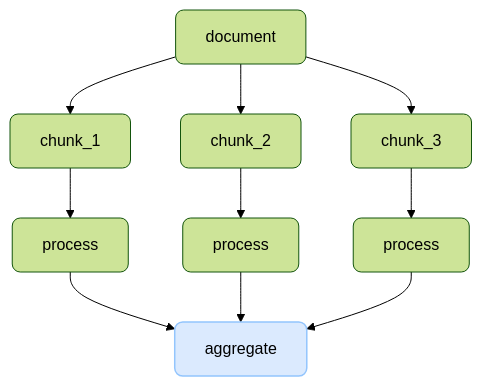
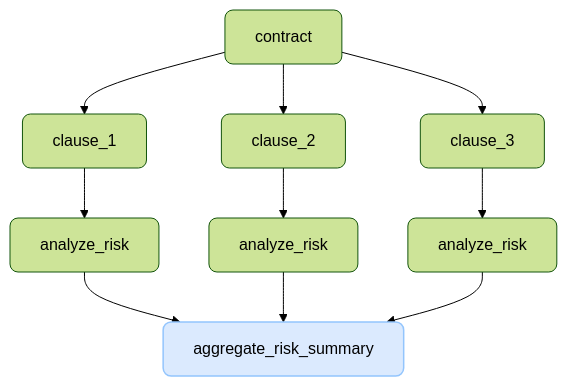
One commit to Muizzkolapo/agent-actions changed the third of 7 diagrams in docs.agent-actions/docs/guides/design-patterns.md. Above: the diagram before and after it, drawn with Mermaid (forest theme). The commit also changed other lines of this file and 69 other files, not shown here.

````diff
--- a/docs.agent-actions/docs/guides/design-patterns.md
+++ b/docs.agent-actions/docs/guides/design-patterns.md
@@ -252,16 +252,16 @@
 ```mermaid
 flowchart TD
-    DOC[document] --> C1[chunk_1]
-    DOC --> C2[chunk_2]
-    DOC --> C3[chunk_3]
-    C1 --> P1[process]
-    C2 --> P2[process]
-    C3 --> P3[process]
-    P1 --> AGG[aggregate]
+    DOC[contract] --> C1[clause_1]
+    DOC --> C2[clause_2]
+    DOC --> C3[clause_3]
+    C1 --> P1[analyze_risk]
+    C2 --> P2[analyze_risk]
+    C3 --> P3[analyze_risk]
+    P1 --> AGG[aggregate_risk_summary]
     P2 --> AGG
     P3 --> AGG
 
     class AGG highlight
     classDef default rx:8,ry:8
     classDef highlight fill:#dbeafe,stroke:#93c5fd,stroke-width:1.5px,rx:8,ry:8
 ```
````
